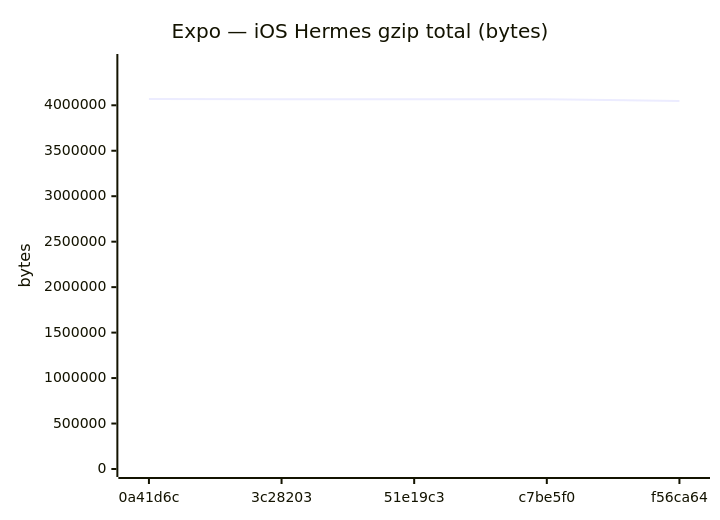
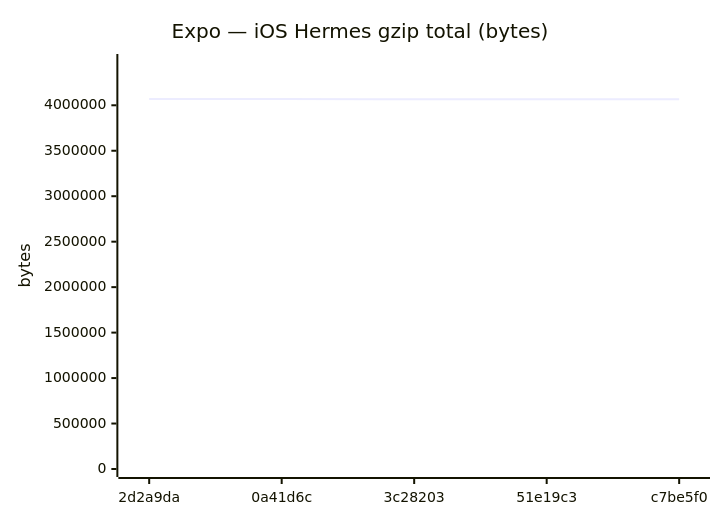
Before and after one commit to Metaheurist/Rianell: diagram 12 of 18 in benchmarks/compare.md, drawn with Mermaid. The commit also changed other lines of this file and 11 other files, not shown here.

````diff
--- a/benchmarks/compare.md
+++ b/benchmarks/compare.md
@@ -179,7 +179,7 @@
 ```mermaid
 xychart-beta
     title "Expo — iOS Hermes gzip total (bytes)"
-    x-axis ["0a41d6c", "3c28203", "51e19c3", "c7be5f0", "f56ca64"]
+    x-axis ["2d2a9da", "0a41d6c", "3c28203", "51e19c3", "c7be5f0"]
     y-axis "bytes" 0 --> 4476018
-    line [4069107, 4065403, 4065816, 4065817, 4047233]
+    line [4069106, 4069107, 4065403, 4065816, 4065817]
 ```
````
